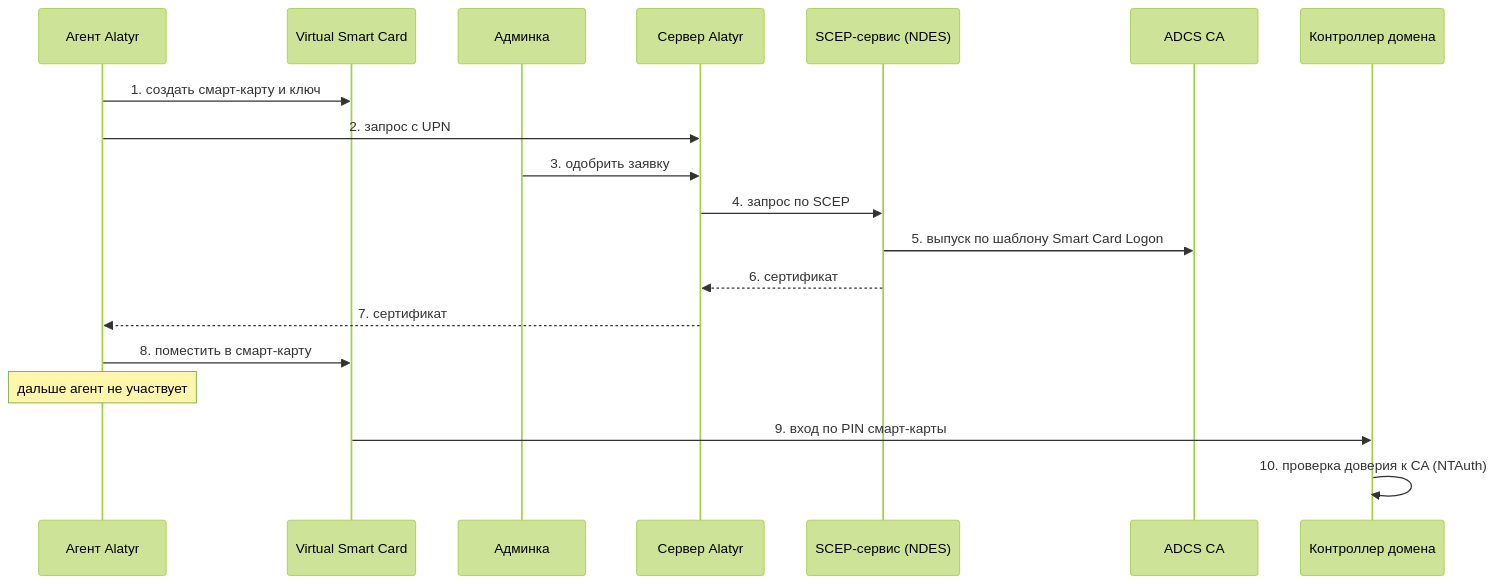
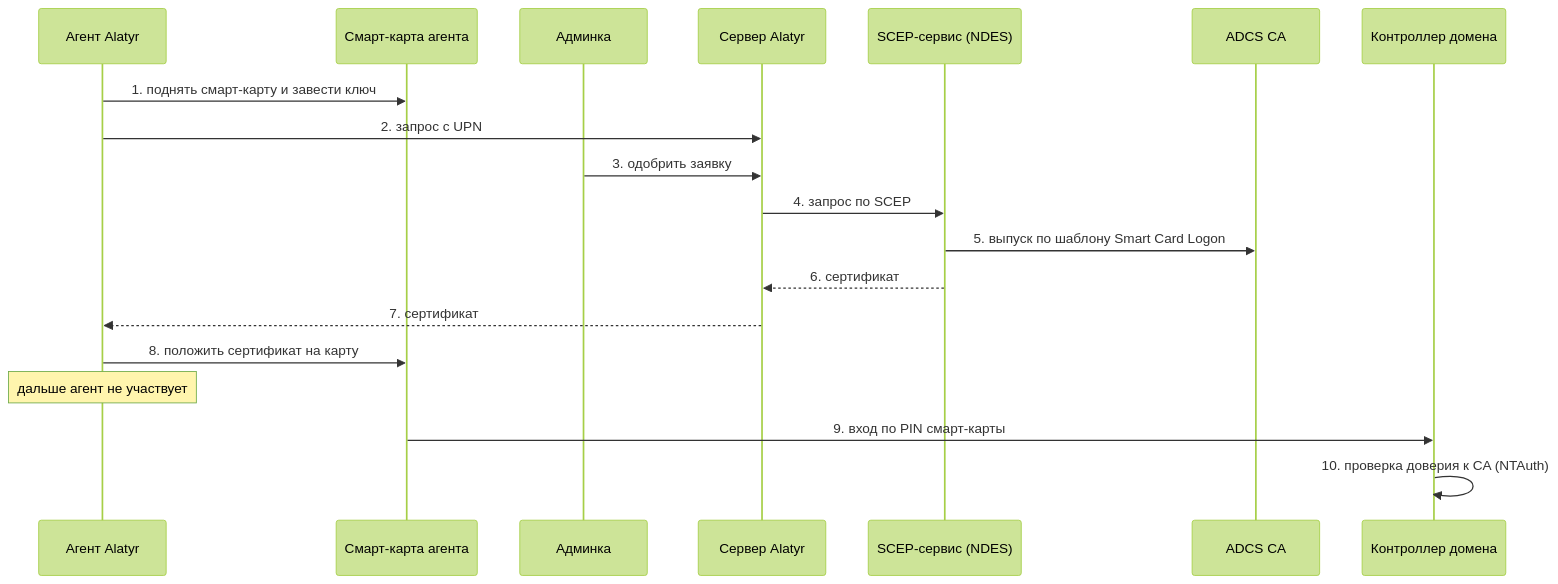
One commit to s3m4rgl/alatyr-docs changed the sixth of 9 diagrams in docs/use-cases.md. Above: the diagram before and after it, drawn with Mermaid (forest theme). The commit also changed other lines of this file and 2 other files, not shown here.

````diff
--- a/docs/use-cases.md
+++ b/docs/use-cases.md
@@ -352,22 +356,22 @@
 ```mermaid
 sequenceDiagram
     participant Agent as Агент Alatyr
-    participant VSC as Virtual Smart Card
+    participant VSC as Смарт-карта агента
     participant Admin as Админка
     participant Server as Сервер Alatyr
     participant NDES as SCEP-сервис (NDES)
     participant ADCS as ADCS CA
     participant DC as Контроллер домена
 
-    Agent->>VSC: 1. создать смарт-карту и ключ
+    Agent->>VSC: 1. поднять смарт-карту и завести ключ
     Agent->>Server: 2. запрос с UPN
     Admin->>Server: 3. одобрить заявку
     Server->>NDES: 4. запрос по SCEP
     NDES->>ADCS: 5. выпуск по шаблону Smart Card Logon
     NDES-->>Server: 6. сертификат
     Server-->>Agent: 7. сертификат
-    Agent->>VSC: 8. поместить в смарт-карту
+    Agent->>VSC: 8. положить сертификат на карту
     Note over Agent: дальше агент не участвует
     VSC->>DC: 9. вход по PIN смарт-карты
     DC->>DC: 10. проверка доверия к CA (NTAuth)
 ```
````
